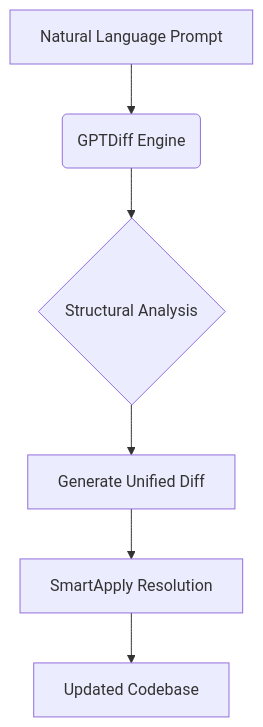
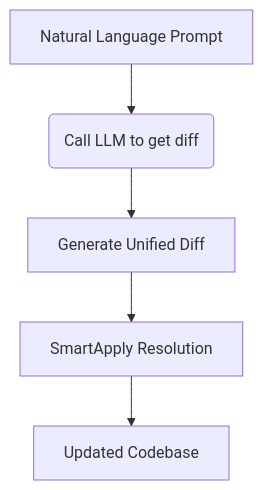
One commit to 255BITS/gptdiff changed the diagram in docs/concepts.md. Above: the diagram before and after it, drawn with Mermaid. The commit also changed other lines of this file and 18 other files, not shown here.

````diff
--- a/docs/concepts.md
+++ b/docs/concepts.md
@@ -5,8 +5,7 @@
 ```mermaid
 graph TD
-    A[Natural Language Prompt] --> B(GPTDiff Engine)
-    B --> C{Structural Analysis}
-    C --> D[Generate Unified Diff]
+    A[Natural Language Prompt] --> B(Call LLM to get diff)
+    B --> D[Generate Unified Diff]
     D --> E[SmartApply Resolution]
     E --> F[Updated Codebase]
 ```
````
